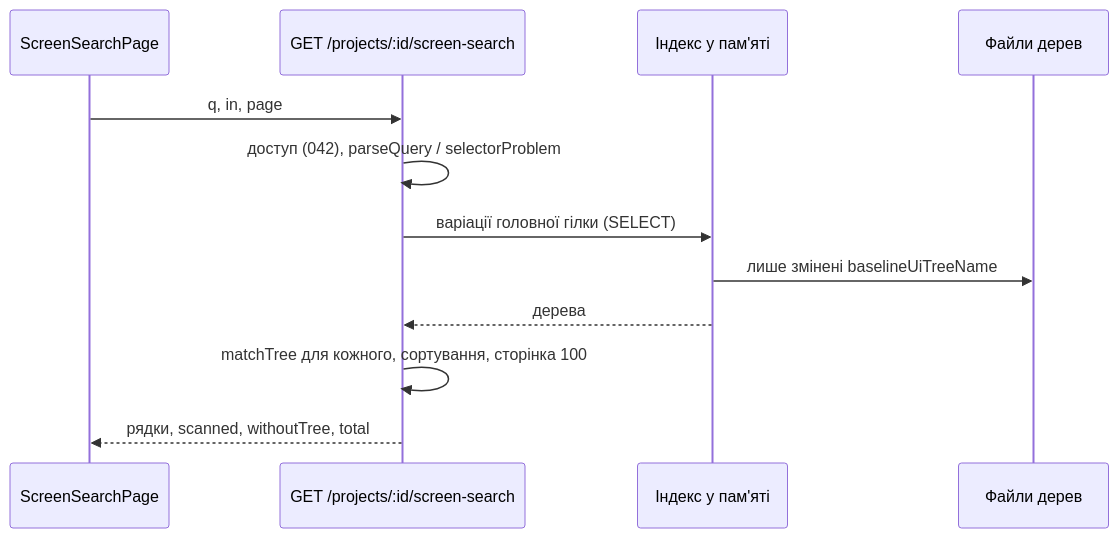
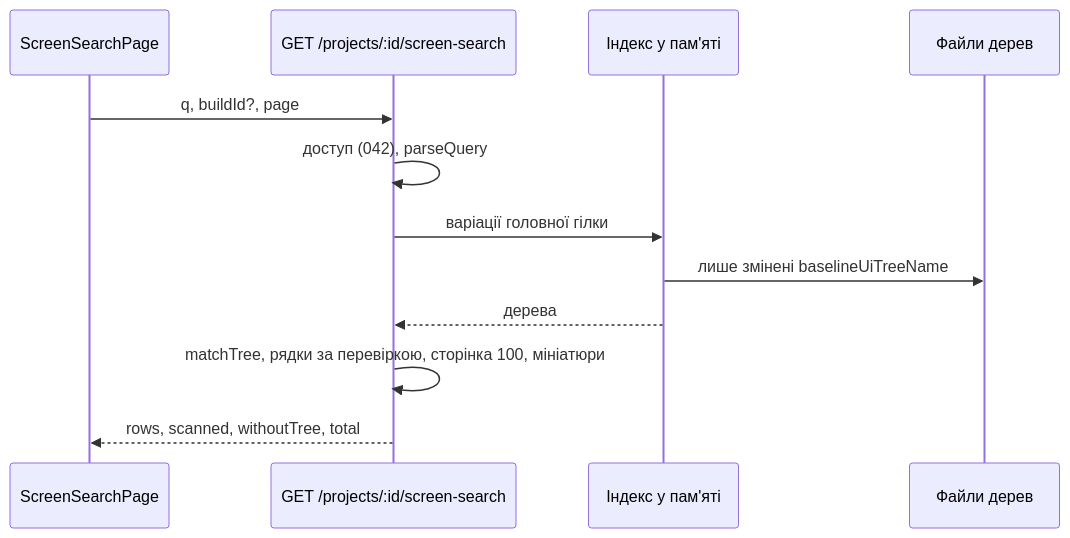
Before and after one commit to nazarenkod/vision: the diagram in docs/specs/053-screen-search/design.md, drawn with Mermaid. The commit also changed other lines of this file and 31 other files, not shown here.

````diff
--- a/docs/specs/053-screen-search/design.md
+++ b/docs/specs/053-screen-search/design.md
@@ -61,14 +65,14 @@
 ```mermaid
 sequenceDiagram
   participant UI as ScreenSearchPage
   participant API as GET /projects/:id/screen-search
   participant IX as Індекс у пам'яті
   participant FS as Файли дерев
-  UI->>API: q, in, page
-  API->>API: доступ (042), parseQuery / selectorProblem
-  API->>IX: варіації головної гілки (SELECT)
+  UI->>API: q, buildId?, page
+  API->>API: доступ (042), parseQuery
+  API->>IX: варіації головної гілки
   IX->>FS: лише змінені baselineUiTreeName
   IX-->>API: дерева
-  API->>API: matchTree для кожного, сортування, сторінка 100
-  API-->>UI: рядки, scanned, withoutTree, total
+  API->>API: matchTree, рядки за перевіркою, сторінка 100, мініатюри
+  API-->>UI: rows, scanned, withoutTree, total
 ```
````
